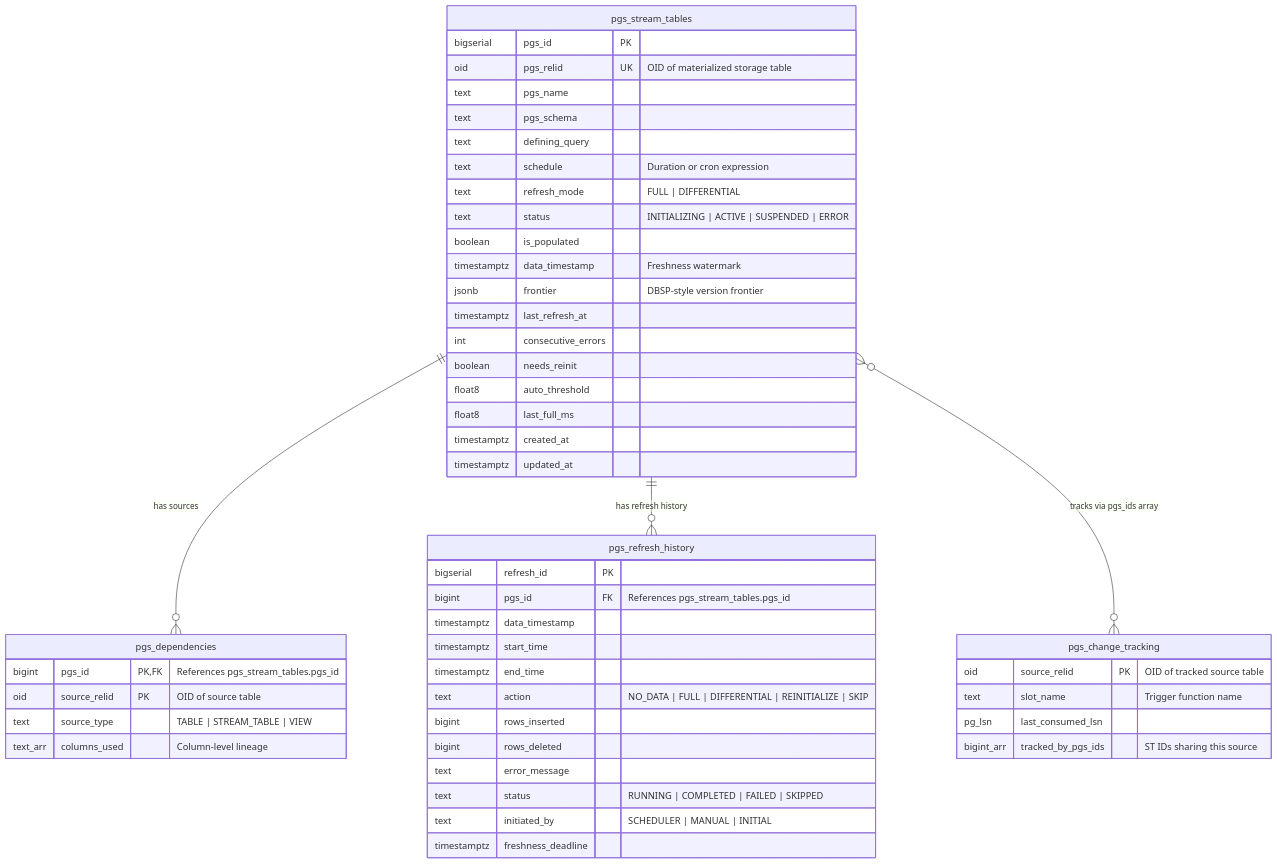
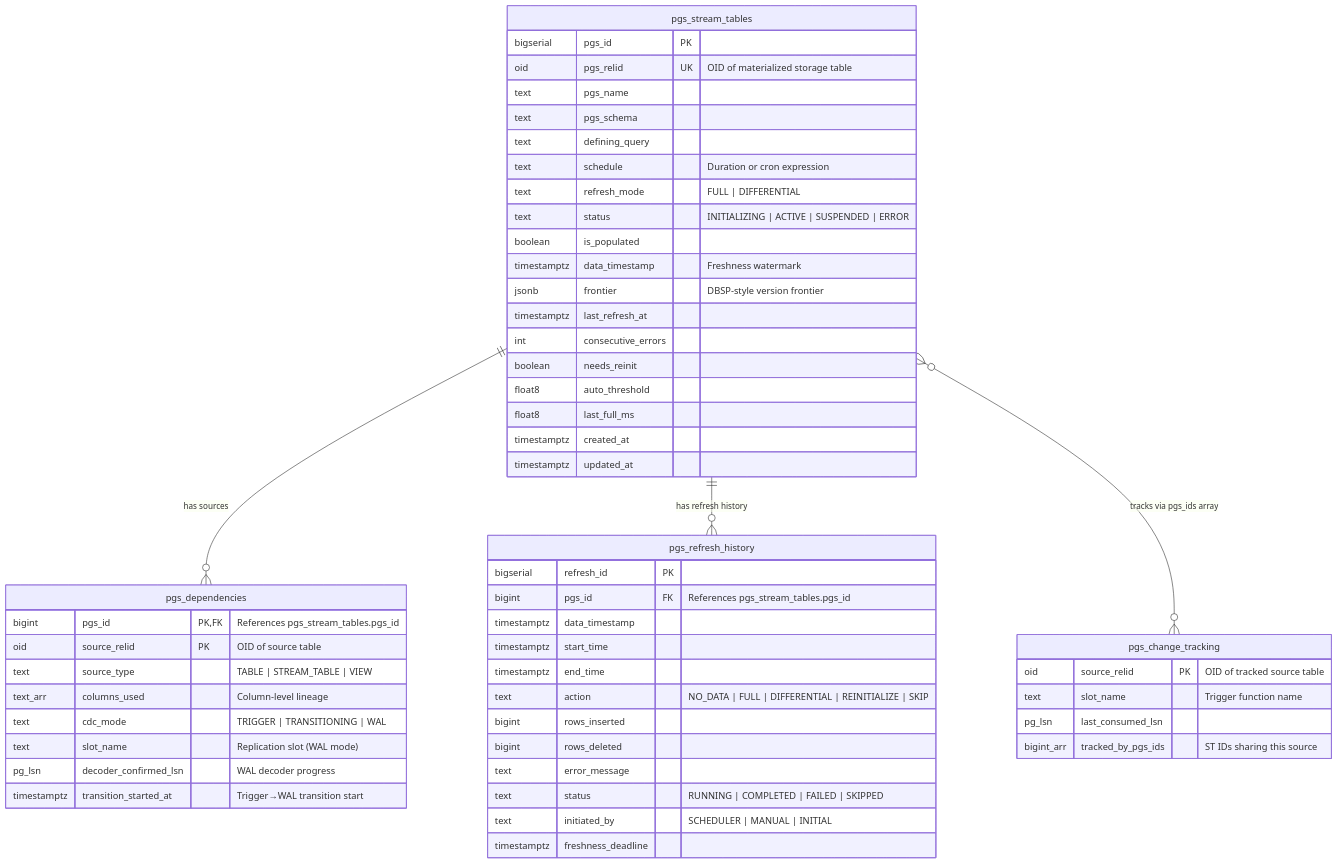
The diagram in docs/ARCHITECTURE.md (grove/pg-stream), drawn with Mermaid before and after one commit. The commit also changed other lines of this file and 12 other files, not shown here.

````diff
--- a/docs/ARCHITECTURE.md
+++ b/docs/ARCHITECTURE.md
@@ -81,56 +82,60 @@
 ```mermaid
 erDiagram
     pgs_stream_tables {
         bigserial pgs_id PK
         oid pgs_relid UK "OID of materialized storage table"
         text pgs_name
         text pgs_schema
         text defining_query
         text schedule "Duration or cron expression"
         text refresh_mode "FULL | DIFFERENTIAL"
         text status "INITIALIZING | ACTIVE | SUSPENDED | ERROR"
         boolean is_populated
         timestamptz data_timestamp "Freshness watermark"
         jsonb frontier "DBSP-style version frontier"
         timestamptz last_refresh_at
         int consecutive_errors
         boolean needs_reinit
         float8 auto_threshold
         float8 last_full_ms
         timestamptz created_at
         timestamptz updated_at
     }
 
     pgs_dependencies {
         bigint pgs_id PK,FK "References pgs_stream_tables.pgs_id"
         oid source_relid PK "OID of source table"
         text source_type "TABLE | STREAM_TABLE | VIEW"
         text_arr columns_used "Column-level lineage"
+        text cdc_mode "TRIGGER | TRANSITIONING | WAL"
+        text slot_name "Replication slot (WAL mode)"
+        pg_lsn decoder_confirmed_lsn "WAL decoder progress"
+        timestamptz transition_started_at "Trigger→WAL transition start"
     }
 
     pgs_refresh_history {
         bigserial refresh_id PK
         bigint pgs_id FK "References pgs_stream_tables.pgs_id"
         timestamptz data_timestamp
         timestamptz start_time
         timestamptz end_time
         text action "NO_DATA | FULL | DIFFERENTIAL | REINITIALIZE | SKIP"
         bigint rows_inserted
         bigint rows_deleted
         text error_message
         text status "RUNNING | COMPLETED | FAILED | SKIPPED"
         text initiated_by "SCHEDULER | MANUAL | INITIAL"
         timestamptz freshness_deadline
     }
 
     pgs_change_tracking {
         oid source_relid PK "OID of tracked source table"
         text slot_name "Trigger function name"
         pg_lsn last_consumed_lsn
         bigint_arr tracked_by_pgs_ids "ST IDs sharing this source"
     }
 
     pgs_stream_tables ||--o{ pgs_dependencies : "has sources"
     pgs_stream_tables ||--o{ pgs_refresh_history : "has refresh history"
     pgs_stream_tables }o--o{ pgs_change_tracking : "tracks via pgs_ids array"
 ```
````
